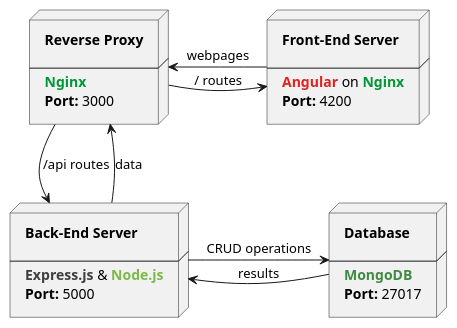
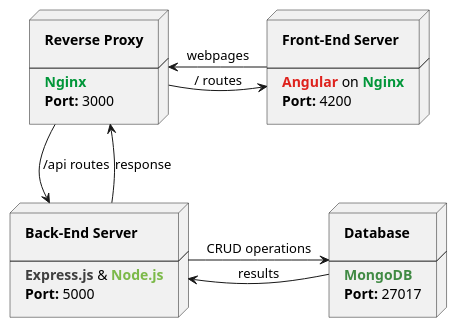
Before and after one commit to lukebushur/Research-Web-Portal: the diagram in documentation/docker-deployment-diagram.plantuml, drawn with PlantUML.

Commit message:
fixed typo in docker diagram

```diff
--- a/documentation/docker-deployment-diagram.plantuml
+++ b/documentation/docker-deployment-diagram.plantuml
@@ -1,37 +1,37 @@
 @startuml docker-deployment-diagram
 node reverseProxy [
 <b>Reverse Proxy</b>
 
 ----
 <b><color:#009639>Nginx</color></b>
 <b>Port:</b> 3000
 ]
 node frontend [
 <b>Front-End Server</b>
 
 ----
 <b><color:#de221d>Angular</color></b> on <b><color:#009639>Nginx</color></b>
 <b>Port:</b> 4200
 ]
 node backend [
 <b>Back-End Server</b>
 
 ----
 <b><color:#3f3f3f>Express.js</color></b> & <b><color:#7cb949>Node.js</color></b>
 <b>Port:</b> 5000
 ]
 node mongoDatabase [
 <b>Database</b>
 
 ----
 <b><color:#408a44>MongoDB</color></b>
 <b>Port:</b> 27017
 ]
 
 reverseProxy -r-> frontend : / routes
 frontend -l-> reverseProxy : webpages
 reverseProxy -d-> backend : /api routes
-backend -u-> reverseProxy : data
+backend -u-> reverseProxy : response
 backend -r-> mongoDatabase : CRUD operations
 mongoDatabase -l-> backend : results
 @enduml
```
